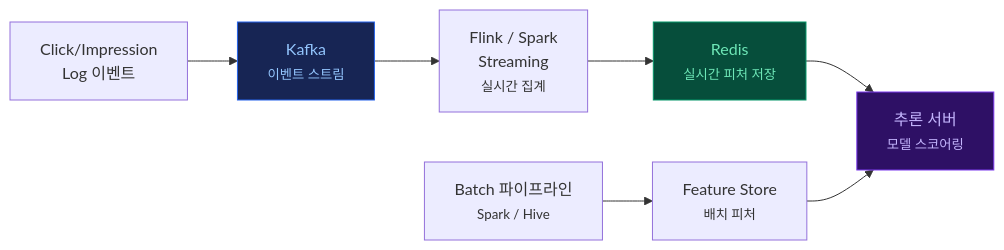
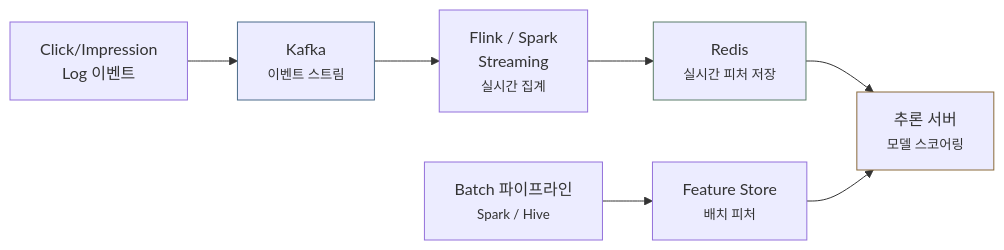
The fourth of 5 diagrams in posts/ad-log-system.md (chkimsu/adtech-blog), drawn with Mermaid before and after one commit. The commit also changed other lines of this file and 40 other files, not shown here.

````diff
--- a/posts/ad-log-system.md
+++ b/posts/ad-log-system.md
@@ -307,14 +307,14 @@
 ```mermaid
 graph LR
     A["Click/Impression<br/>Log 이벤트"] --> B["Kafka<br/><small>이벤트 스트림</small>"]
     B --> C["Flink / Spark<br/>Streaming<br/><small>실시간 집계</small>"]
     C --> D["Redis<br/><small>실시간 피처 저장</small>"]
     D --> E["추론 서버<br/><small>모델 스코어링</small>"]
 
     F["Batch 파이프라인<br/><small>Spark / Hive</small>"] --> G["Feature Store<br/><small>배치 피처</small>"]
     G --> E
 
-    style B fill:#172554,stroke:#2563eb,color:#93c5fd
-    style D fill:#064e3b,stroke:#059669,color:#6ee7b7
-    style E fill:#2e1065,stroke:#7c3aed,color:#c4b5fd
+    style B stroke:#4a6b8a
+    style D stroke:#5b7d6a
+    style E stroke:#8a6a3a
 ```
````
